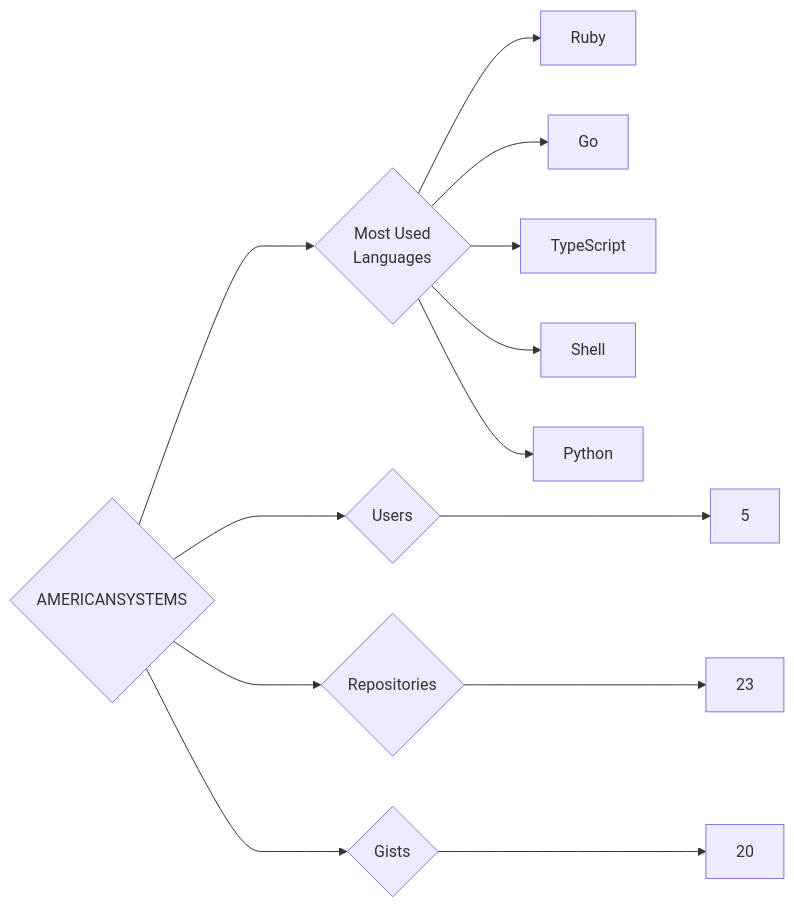
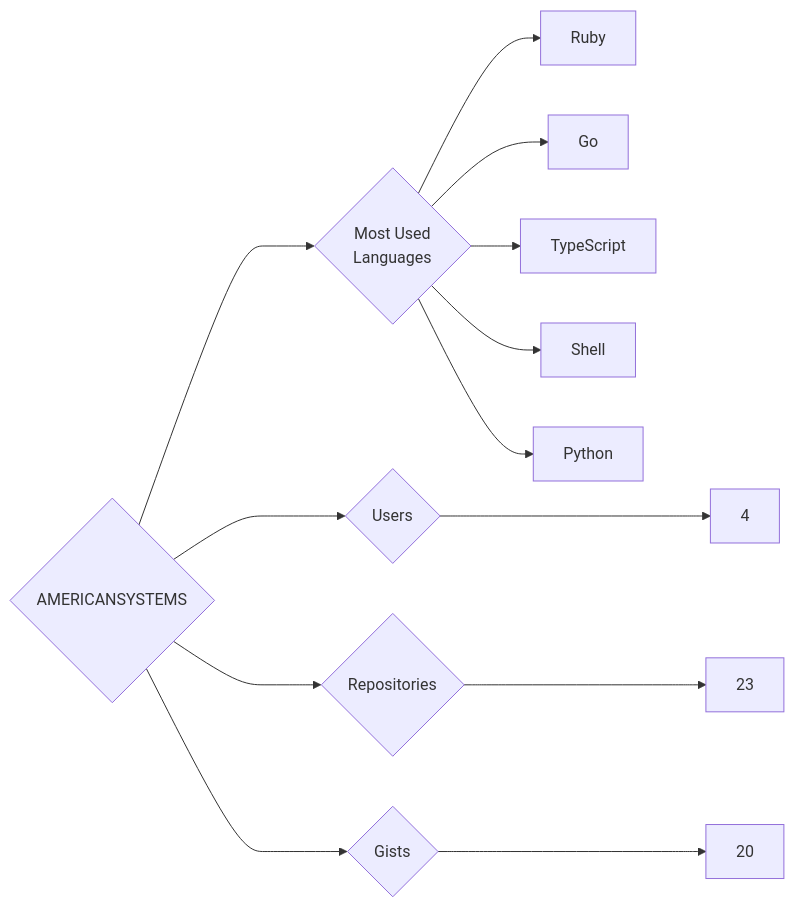
One commit to trickest/insiders changed the diagram in targets/AMERICANSYSTEMS/README.md. Above: the diagram before and after it, drawn with Mermaid. The commit also changed 1123 other files, not shown here.

````diff
--- a/targets/AMERICANSYSTEMS/README.md
+++ b/targets/AMERICANSYSTEMS/README.md
@@ -3,13 +3,13 @@
 ```mermaid
 graph LR
 COMPANY_NAME{AMERICANSYSTEMS}
-COMPANY_NAME ---> U{Users} ---> UN[5]
+COMPANY_NAME ---> U{Users} ---> UN[4]
 COMPANY_NAME ---> R{Repositories} ---> RN[23]
 COMPANY_NAME ---> G{Gists} ---> GN[20]
 COMPANY_NAME ---> ML{Most Used<br>Languages}
 ML --> Ruby[Ruby]
 ML --> Go[Go]
 ML --> TypeScript[TypeScript]
 ML --> Shell[Shell]
 ML --> Python[Python]
 ```
````
